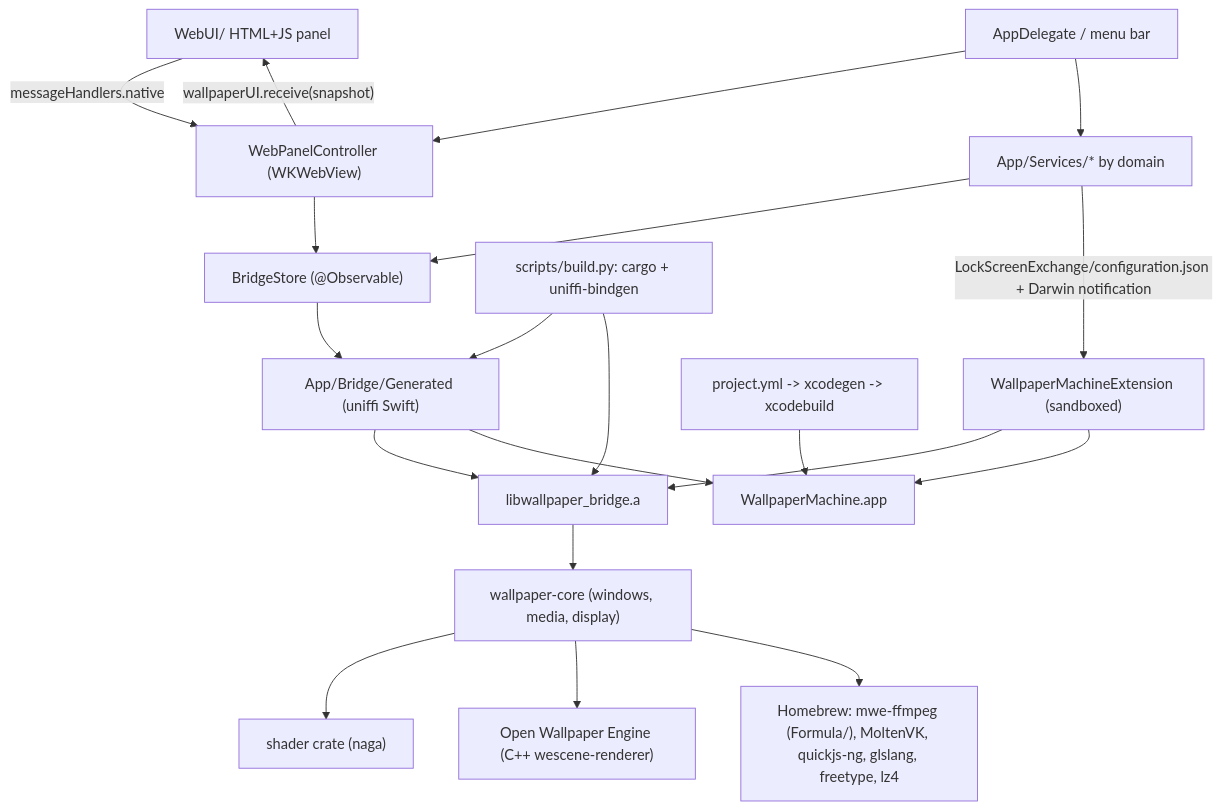
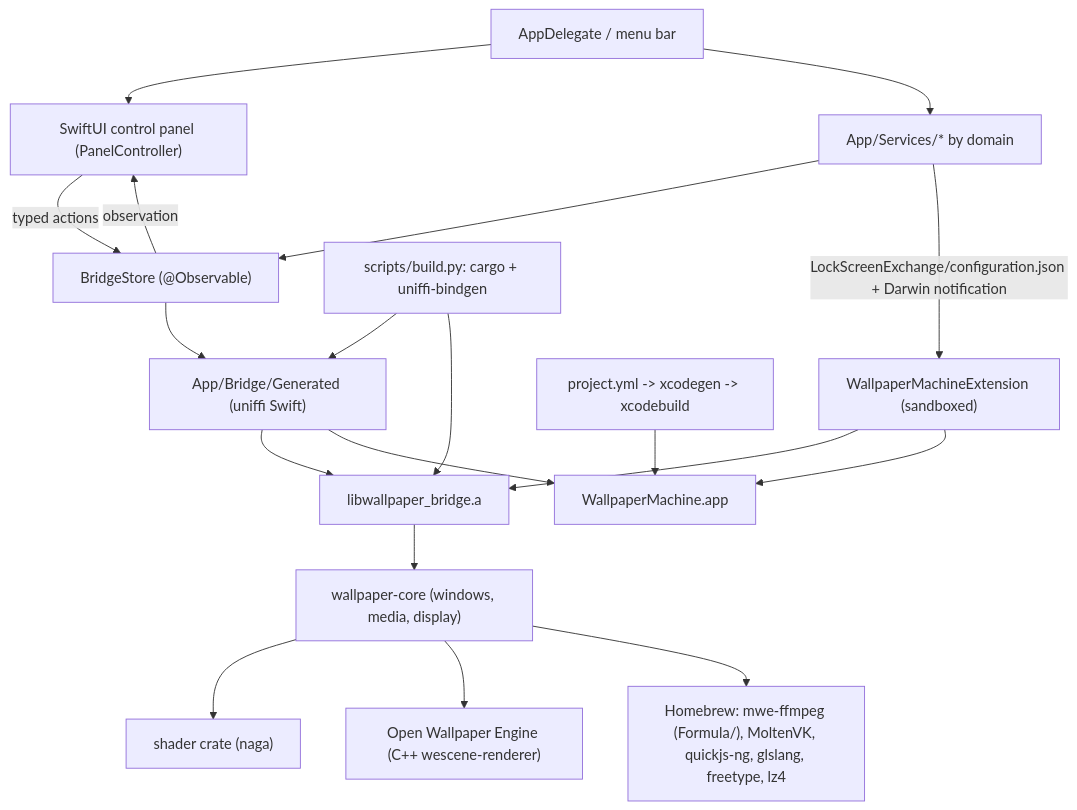
One commit to Hi-Jiajun/WallpaperMachine changed the diagram in docs/architecture.md. Above: the diagram before and after it, drawn with Mermaid. The commit also changed other lines of this file and 582 other files, not shown here.

````diff
--- a/docs/architecture.md
+++ b/docs/architecture.md
@@ -14,22 +14,21 @@
 ```mermaid
 flowchart TD
-  WebUI["WebUI/ HTML+JS panel"] -->|"messageHandlers.native"| Panel["WebPanelController (WKWebView)"]
-  Panel -->|"wallpaperUI.receive(snapshot)"| WebUI
-  Shell["AppDelegate / menu bar"] --> Panel
-  Panel --> Store["BridgeStore (@Observable)"]
+  Shell["AppDelegate / menu bar"] --> Panel["SwiftUI control panel (PanelController)"]
+  Panel -->|"typed actions"| Store["BridgeStore (@Observable)"]
+  Store -->|"observation"| Panel
   Shell --> Services["App/Services/* by domain"]
   Services --> Store
   Store --> Generated["App/Bridge/Generated (uniffi Swift)"]
   Generated --> BridgeLib["libwallpaper_bridge.a"]
   BridgeLib --> Core["wallpaper-core (windows, media, display)"]
   Core --> Shader["shader crate (naga)"]
   Core --> OWE["Open Wallpaper Engine (C++ wescene-renderer)"]
   Core --> Brew["Homebrew: mwe-ffmpeg (Formula/), MoltenVK, quickjs-ng, glslang, freetype, lz4"]
   Services -->|"LockScreenExchange/configuration.json + Darwin notification"| Ext["WallpaperMachineExtension (sandboxed)"]
   Ext --> BridgeLib
   Cargo["scripts/build.py: cargo + uniffi-bindgen"] --> Generated
   Cargo --> BridgeLib
   XcodeGen["project.yml -> xcodegen -> xcodebuild"] --> App["WallpaperMachine.app"]
   Generated --> App
   Ext --> App
 ```
````
